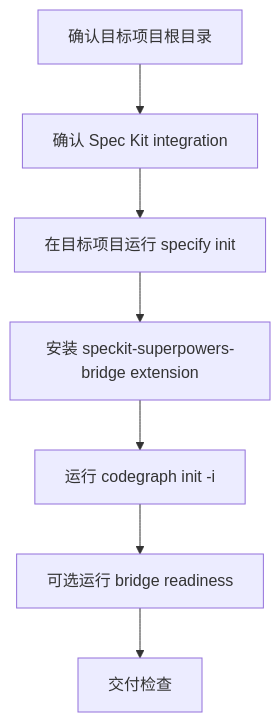
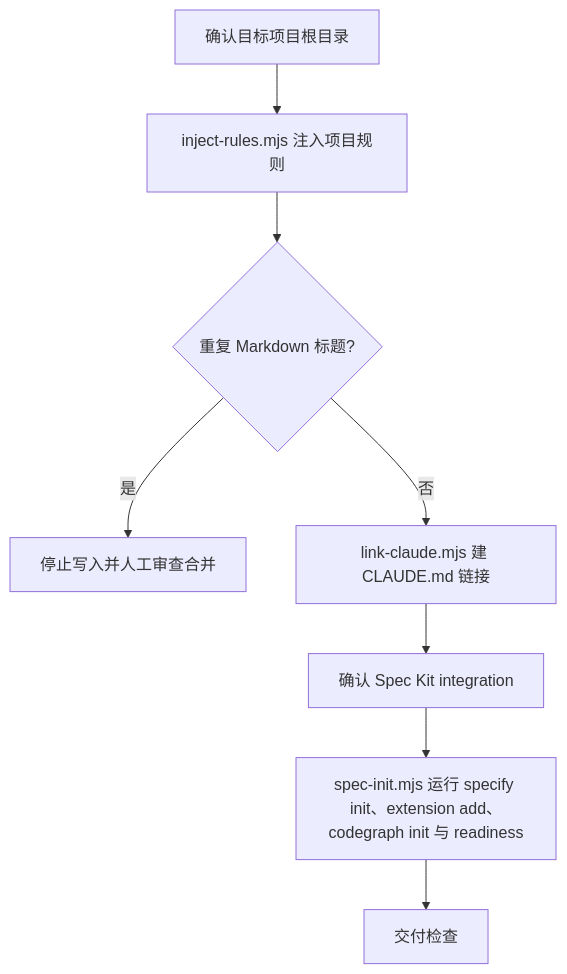
One commit to moluoxixi/AIRules changed the diagram in roles/speckit-development/skills/init-project/SKILL.md. Above: the diagram before and after it, drawn with Mermaid. The commit also changed other lines of this file and 11 other files, not shown here.

````diff
--- a/roles/speckit-development/skills/init-project/SKILL.md
+++ b/roles/speckit-development/skills/init-project/SKILL.md
@@ -24,9 +24,10 @@
 ```mermaid
 flowchart TD
-  A[确认目标项目根目录] --> B[确认 Spec Kit integration]
-  B --> C[在目标项目运行 specify init]
-  C --> D[安装 speckit-superpowers-bridge extension]
-  D --> E[运行 codegraph init -i]
-  E --> F[可选运行 bridge readiness]
-  F --> G[交付检查]
+  A[确认目标项目根目录] --> B[inject-rules.mjs 注入项目规则]
+  B --> C{重复 Markdown 标题?}
+  C -->|是| D[停止写入并人工审查合并]
+  C -->|否| E[link-claude.mjs 建 CLAUDE.md 链接]
+  E --> F[确认 Spec Kit integration]
+  F --> G[spec-init.mjs 运行 specify init、extension add、codegraph init 与 readiness]
+  G --> H[交付检查]
 ```
````
